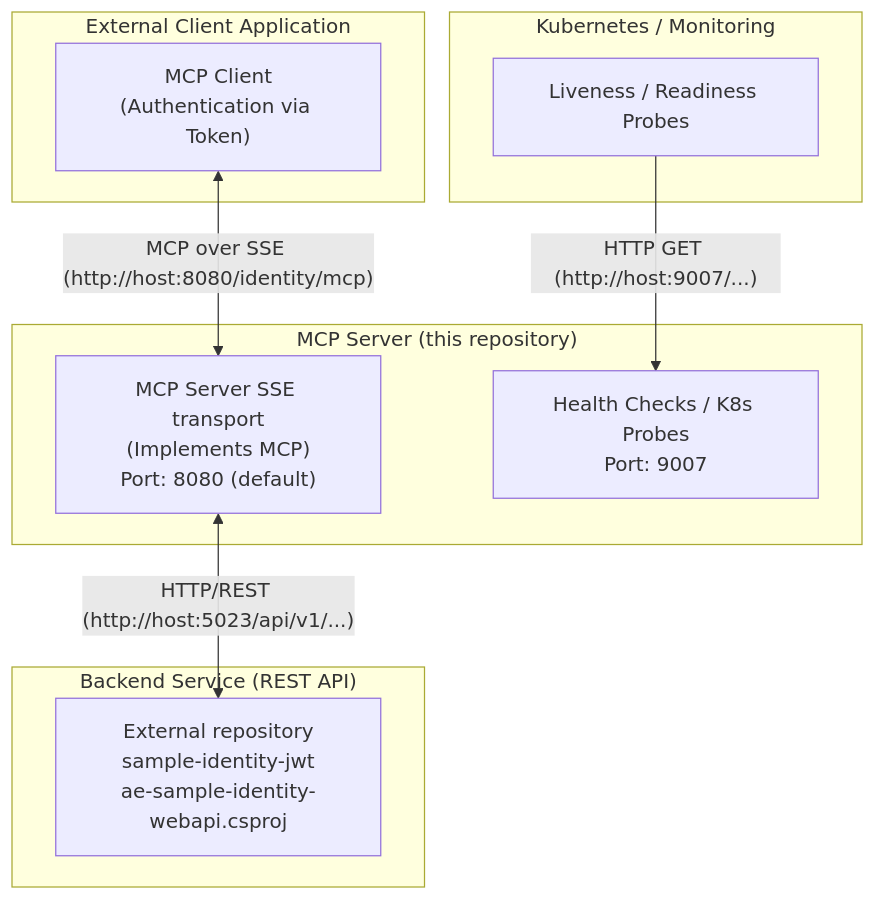
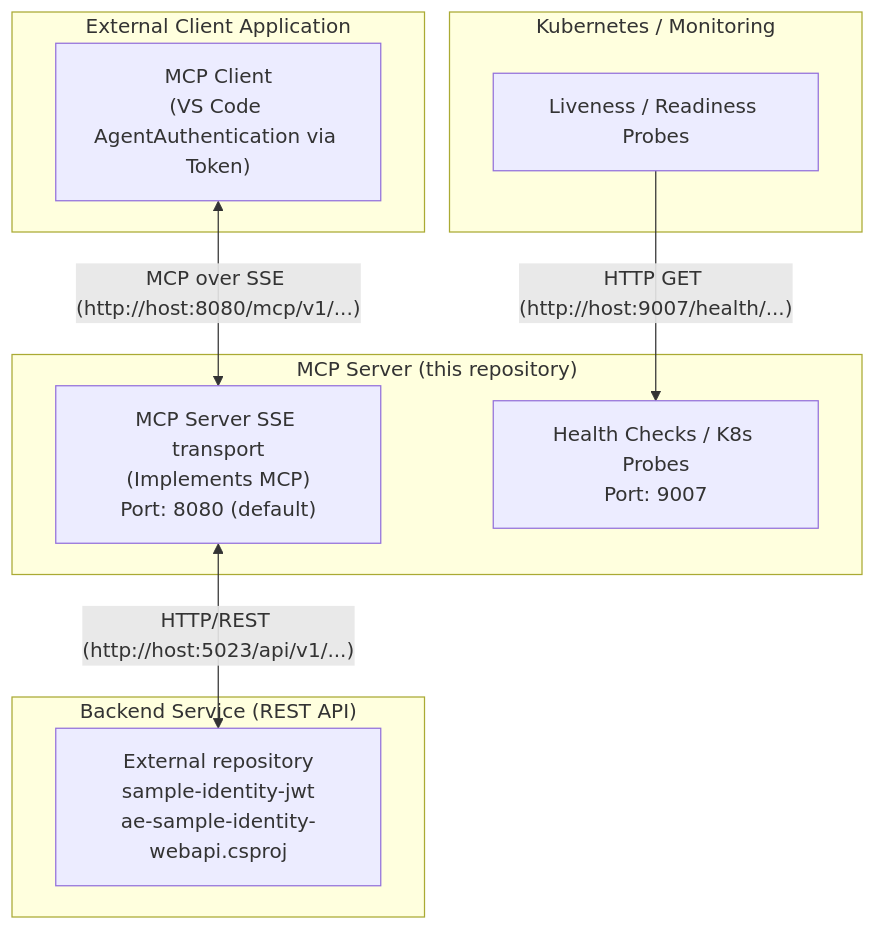
Before and after one commit to ISubkowskI/ae-poc-identity-mcpsrv: the diagram in README.md, drawn with Mermaid. The commit also changed other lines of this file, not shown here.

Commit message:
Improve README

````diff
--- a/README.md
+++ b/README.md
@@ -16,23 +16,23 @@
 ```mermaid
 graph TD
     subgraph "External Client Application"
-        lblMCPClient["MCP Client<br/>(Authentication via Token)"]
+        lblMCPClient["MCP Client<br/>(VS Code AgentAuthentication via Token)"]
     end
 
     subgraph "MCP Server (this repository)"
         lblMCPServer["MCP Server SSE transport<br/>(Implements MCP)<br/>Port: 8080 (default)"]
         lblHealth["Health Checks / K8s Probes<br/>Port: 9007"]
     end
 
     subgraph "Backend Service (REST API)"
         lblBackendService["External repository<br/>sample-identity-jwt<br/>ae-sample-identity-webapi.csproj"]
     end
     
     subgraph "Kubernetes / Monitoring"
         lblK8s["Liveness / Readiness Probes"]
     end
 
-    lblMCPClient -- "MCP over SSE (http://host:8080/identity/mcp)" <--> lblMCPServer
+    lblMCPClient -- "MCP over SSE (http://host:8080/mcp/v1/...)" <--> lblMCPServer
     lblMCPServer -- "HTTP/REST (http://host:5023/api/v1/...)" <--> lblBackendService
-    lblK8s -- "HTTP GET (http://host:9007/...)" --> lblHealth
+    lblK8s -- "HTTP GET (http://host:9007/health/...)" --> lblHealth
 ```
````
